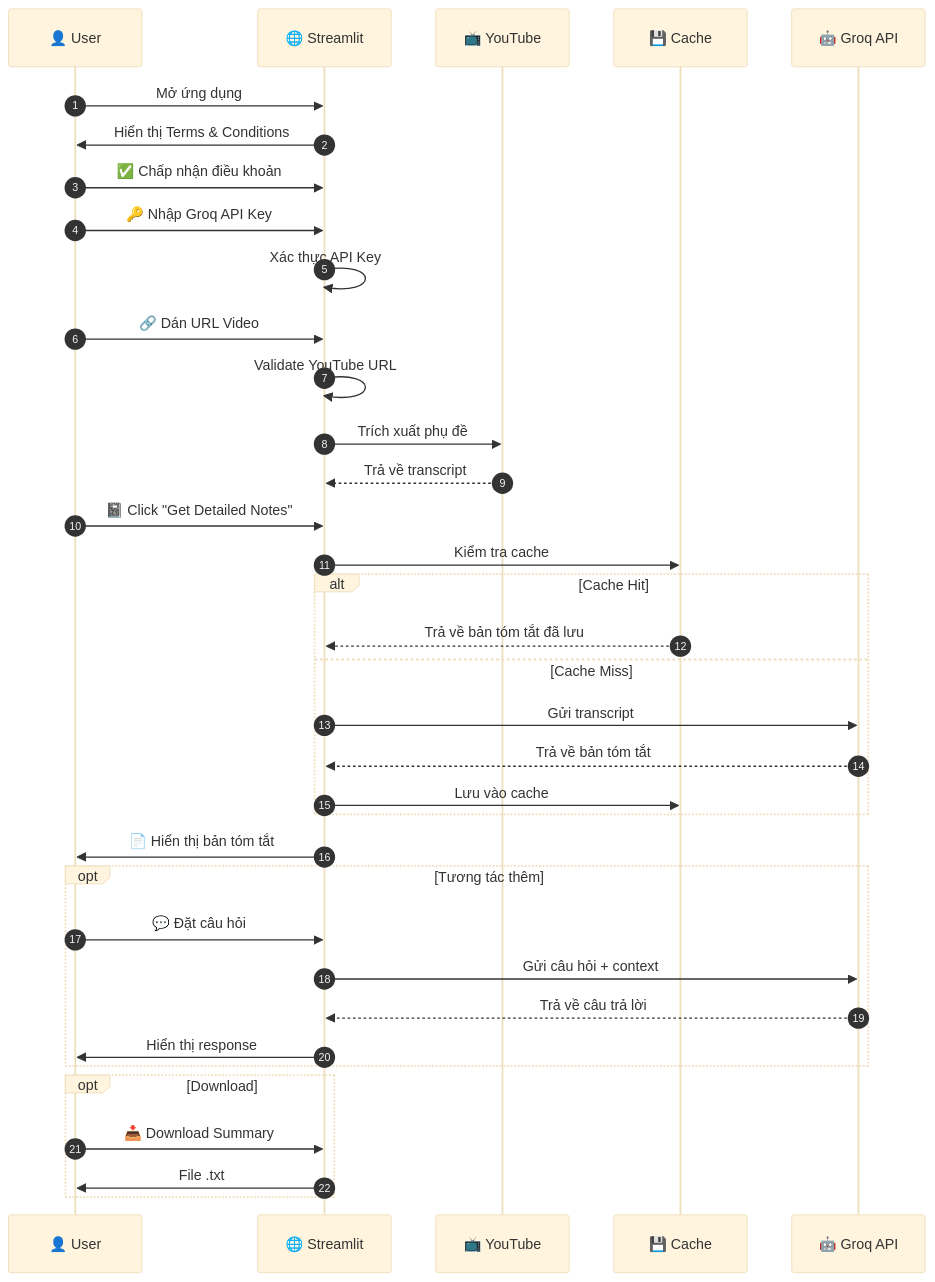
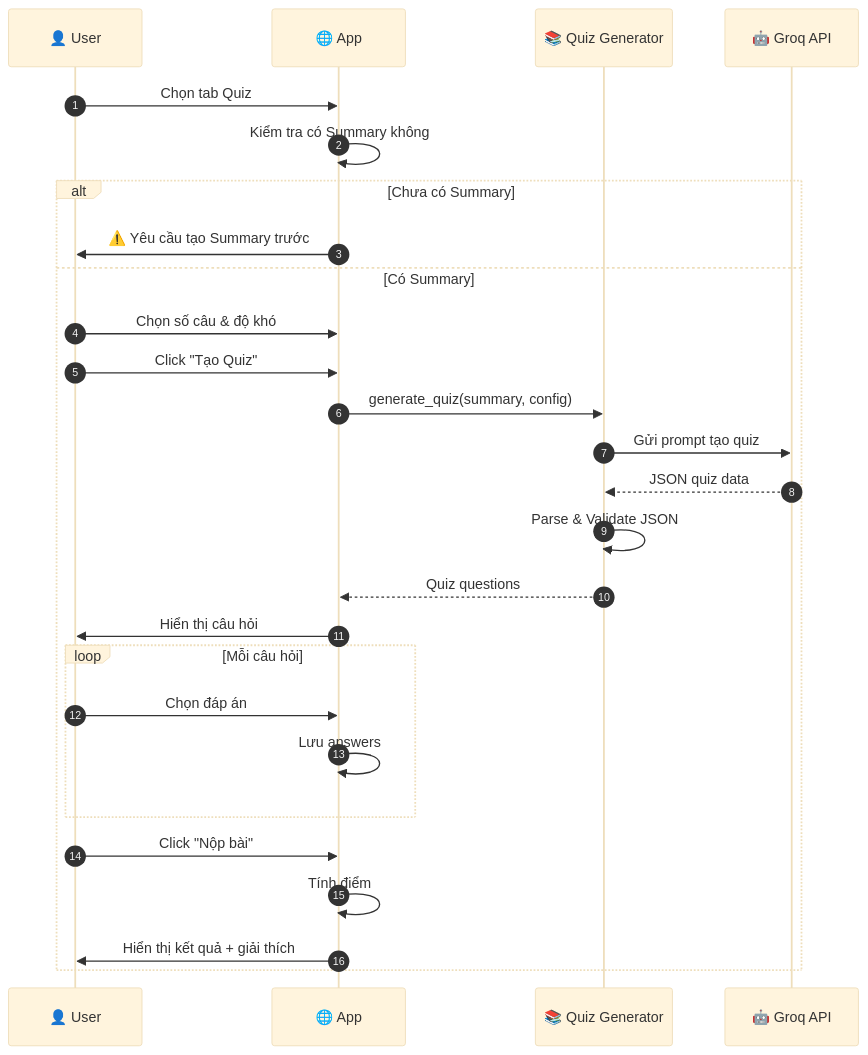
One commit to phuc2502/sumarizer_youtube changed the third of 5 diagrams in README.md. Above: the diagram before and after it, drawn with Mermaid (base theme). The commit also changed other lines of this file, not shown here.

````diff
--- a/README.md
+++ b/README.md
@@ -169,43 +226,33 @@
 ```mermaid
 sequenceDiagram
     autonumber
     participant U as 👤 User
-    participant App as 🌐 Streamlit
-    participant YT as 📺 YouTube
-    participant Cache as 💾 Cache
-    participant Groq as 🤖 Groq API
+    participant App as 🌐 App
+    participant QG as 📚 Quiz Generator
+    participant API as 🤖 Groq API
     
-    U->>App: Mở ứng dụng
-    App->>U: Hiển thị Terms & Conditions
-    U->>App: ✅ Chấp nhận điều khoản
-    U->>App: 🔑 Nhập Groq API Key
-    App->>App: Xác thực API Key
-    U->>App: 🔗 Dán URL Video
-    App->>App: Validate YouTube URL
-    App->>YT: Trích xuất phụ đề
-    YT-->>App: Trả về transcript
-    U->>App: 📓 Click "Get Detailed Notes"
+    U->>App: Chọn tab Quiz
+    App->>App: Kiểm tra có Summary không
     
-    App->>Cache: Kiểm tra cache
-    alt Cache Hit
-        Cache-->>App: Trả về bản tóm tắt đã lưu
-    else Cache Miss
-        App->>Groq: Gửi transcript
-        Groq-->>App: Trả về bản tóm tắt
-        App->>Cache: Lưu vào cache
-    end
-    
-    App->>U: 📄 Hiển thị bản tóm tắt
-    
-    opt Tương tác thêm
-        U->>App: 💬 Đặt câu hỏi
-        App->>Groq: Gửi câu hỏi + context
-        Groq-->>App: Trả về câu trả lời
-        App->>U: Hiển thị response
-    end
-    
-    opt Download
-        U->>App: 📥 Download Summary
-        App->>U: File .txt
+    alt Chưa có Summary
+        App->>U: ⚠️ Yêu cầu tạo Summary trước
+    else Có Summary
+        U->>App: Chọn số câu & độ khó
+        U->>App: Click "Tạo Quiz"
+        App->>QG: generate_quiz(summary, config)
+        QG->>API: Gửi prompt tạo quiz
+        API-->>QG: JSON quiz data
+        QG->>QG: Parse & Validate JSON
+        QG-->>App: Quiz questions
+        App->>U: Hiển thị câu hỏi
+        
+        loop Mỗi câu hỏi
+            U->>App: Chọn đáp án
+            App->>App: Lưu answers
+        end
+        
+        U->>App: Click "Nộp bài"
+        App->>App: Tính điểm
+        App->>U: Hiển thị kết quả + giải thích
     end
 ```
````
